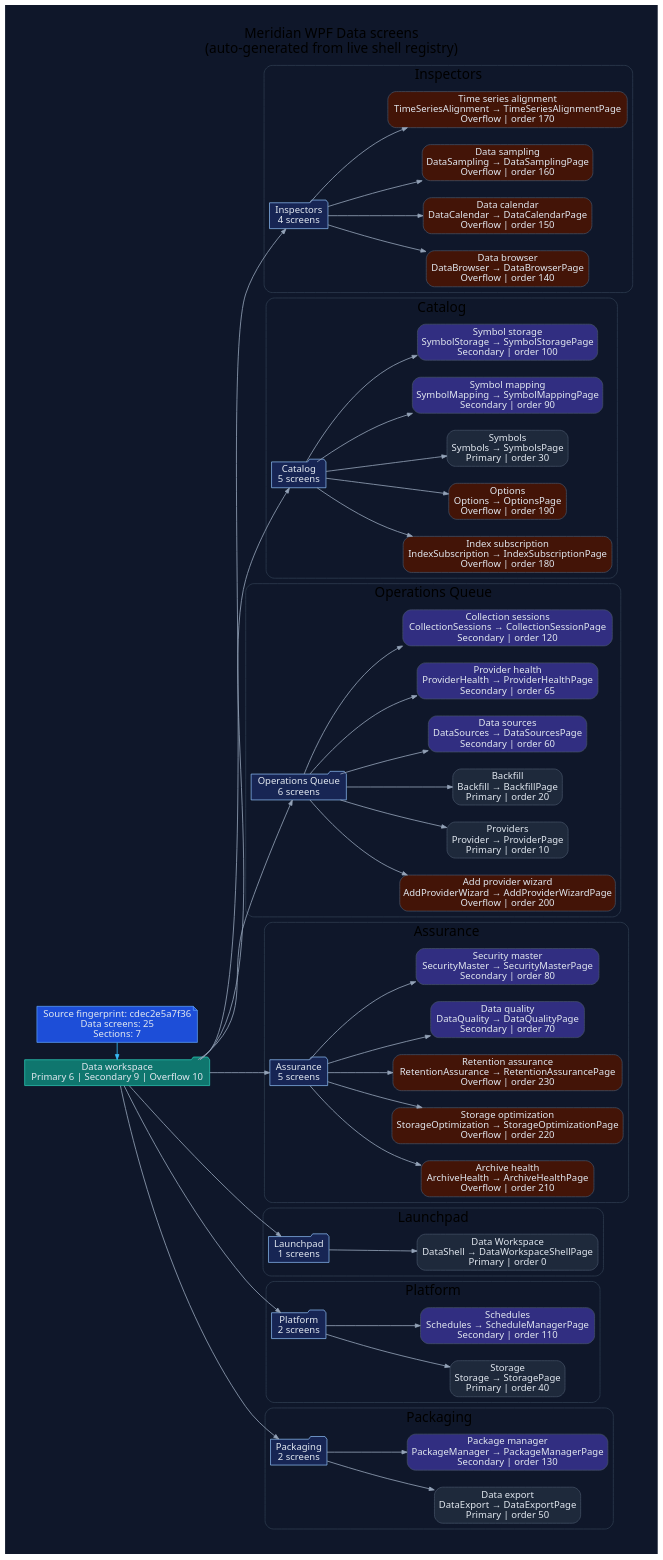
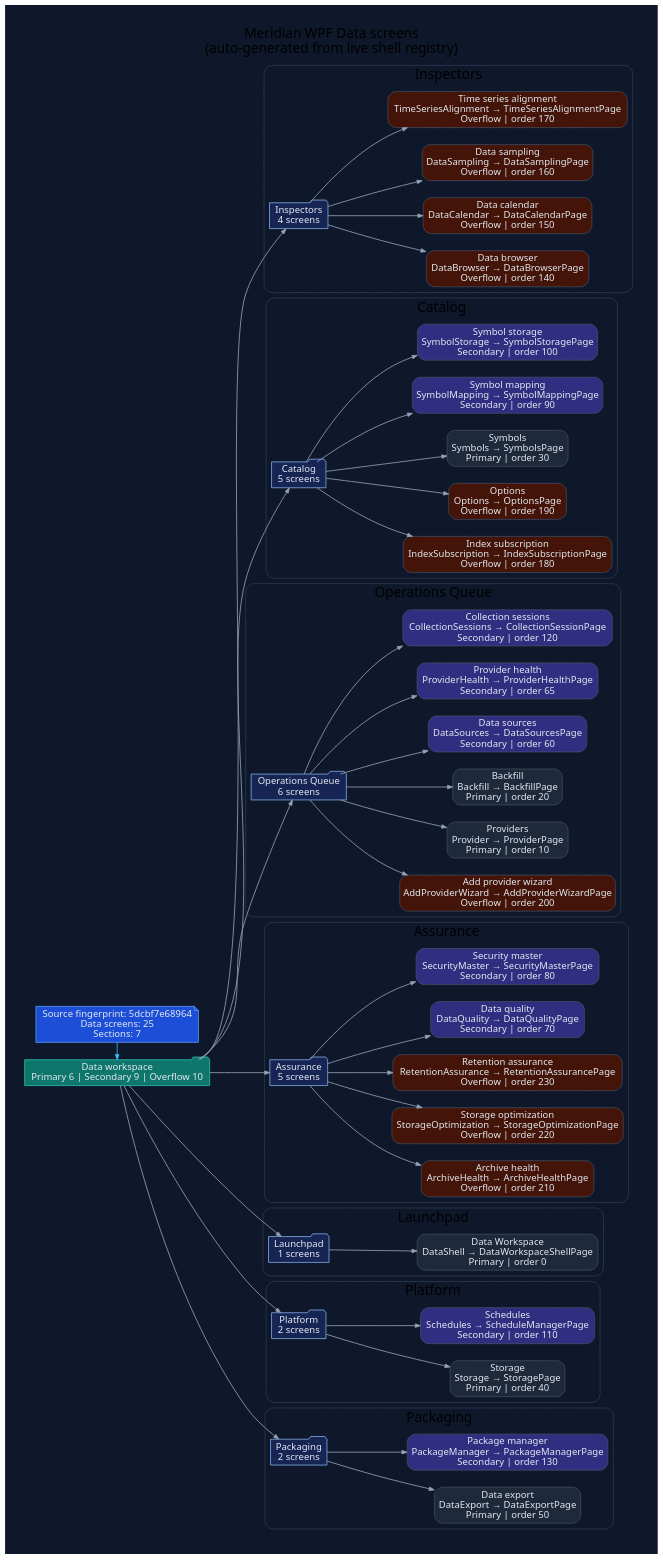
One commit to rodoHasArrived/Meridian-main changed the diagram in docs/diagrams/ui/ui-wpf-screens-data.dot. Above: the diagram before and after it, drawn with Graphviz. The commit also changed 49 other files, not shown here.

```diff
--- a/docs/diagrams/ui/ui-wpf-screens-data.dot
+++ b/docs/diagrams/ui/ui-wpf-screens-data.dot
@@ -1,132 +1,132 @@
 // -----------------------------------------------------------------------------
 // <auto-generated>
 // Generated by scripts/generate-diagrams.mjs.
 // Do not edit this file directly; update the WPF source files instead.
 // -----------------------------------------------------------------------------
 digraph WpfDataScreens {
   graph [
     rankdir=LR,
     labelloc=t,
     label="Meridian WPF Data screens\n(auto-generated from live shell registry)",
     fontname="Segoe UI",
     fontsize=20,
     pad=0.4,
     nodesep=0.35,
     ranksep=0.85,
     bgcolor="#0f172a"
   ];
   node [fontname="Segoe UI", shape=box, style="rounded,filled", color="#475569", fontcolor="#e2e8f0", fillcolor="#1e293b"];
   edge [fontname="Segoe UI", color="#94a3b8", penwidth=1.2, arrowsize=0.75];
 
-  generated [shape=note, fillcolor="#1d4ed8", color="#60a5fa", label="Source fingerprint: cdec2e5a7f36\nData screens: 25\nSections: 7"];
+  generated [shape=note, fillcolor="#1d4ed8", color="#60a5fa", label="Source fingerprint: 5dcbf7e68964\nData screens: 25\nSections: 7"];
   workspace [shape=folder, fillcolor="#0f766e", color="#2dd4bf", label="Data workspace\nPrimary 6 | Secondary 9 | Overflow 10"];
   generated -> workspace [color="#38bdf8"];
 
   subgraph cluster_section_1 {
     label="Inspectors";
     color="#334155";
     style="rounded";
     section_1 [shape=folder, fillcolor="#172554", color="#93c5fd", label="Inspectors\n4 screens"];
     workspace -> section_1;
     screen_DataBrowser [fillcolor="#431407", label="Data browser\nDataBrowser → DataBrowserPage\nOverflow | order 140"];
     section_1 -> screen_DataBrowser;
     screen_DataCalendar [fillcolor="#431407", label="Data calendar\nDataCalendar → DataCalendarPage\nOverflow | order 150"];
     section_1 -> screen_DataCalendar;
     screen_DataSampling [fillcolor="#431407", label="Data sampling\nDataSampling → DataSamplingPage\nOverflow | order 160"];
     section_1 -> screen_DataSampling;
     screen_TimeSeriesAlignment [fillcolor="#431407", label="Time series alignment\nTimeSeriesAlignment → TimeSeriesAlignmentPage\nOverflow | order 170"];
     section_1 -> screen_TimeSeriesAlignment;
   }
 
   subgraph cluster_section_2 {
     label="Catalog";
     color="#334155";
     style="rounded";
     section_2 [shape=folder, fillcolor="#172554", color="#93c5fd", label="Catalog\n5 screens"];
     workspace -> section_2;
     screen_IndexSubscription [fillcolor="#431407", label="Index subscription\nIndexSubscription → IndexSubscriptionPage\nOverflow | order 180"];
     section_2 -> screen_IndexSubscription;
     screen_Options [fillcolor="#431407", label="Options\nOptions → OptionsPage\nOverflow | order 190"];
     section_2 -> screen_Options;
     screen_Symbols [fillcolor="#1e293b", label="Symbols\nSymbols → SymbolsPage\nPrimary | order 30"];
     section_2 -> screen_Symbols;
     screen_SymbolMapping [fillcolor="#312e81", label="Symbol mapping\nSymbolMapping → SymbolMappingPage\nSecondary | order 90"];
     section_2 -> screen_SymbolMapping;
     screen_SymbolStorage [fillcolor="#312e81", label="Symbol storage\nSymbolStorage → SymbolStoragePage\nSecondary | order 100"];
     section_2 -> screen_SymbolStorage;
   }
 
   subgraph cluster_section_3 {
     label="Operations Queue";
     color="#334155";
     style="rounded";
     section_3 [shape=folder, fillcolor="#172554", color="#93c5fd", label="Operations Queue\n6 screens"];
     workspace -> section_3;
     screen_AddProviderWizard [fillcolor="#431407", label="Add provider wizard\nAddProviderWizard → AddProviderWizardPage\nOverflow | order 200"];
     section_3 -> screen_AddProviderWizard;
     screen_Provider [fillcolor="#1e293b", label="Providers\nProvider → ProviderPage\nPrimary | order 10"];
     section_3 -> screen_Provider;
     screen_Backfill [fillcolor="#1e293b", label="Backfill\nBackfill → BackfillPage\nPrimary | order 20"];
     section_3 -> screen_Backfill;
     screen_DataSources [fillcolor="#312e81", label="Data sources\nDataSources → DataSourcesPage\nSecondary | order 60"];
     section_3 -> screen_DataSources;
     screen_ProviderHealth [fillcolor="#312e81", label="Provider health\nProviderHealth → ProviderHealthPage\nSecondary | order 65"];
     section_3 -> screen_ProviderHealth;
     screen_CollectionSessions [fillcolor="#312e81", label="Collection sessions\nCollectionSessions → CollectionSessionPage\nSecondary | order 120"];
     section_3 -> screen_CollectionSessions;
   }
 
   subgraph cluster_section_4 {
     label="Assurance";
     color="#334155";
     style="rounded";
     section_4 [shape=folder, fillcolor="#172554", color="#93c5fd", label="Assurance\n5 screens"];
     workspace -> section_4;
     screen_ArchiveHealth [fillcolor="#431407", label="Archive health\nArchiveHealth → ArchiveHealthPage\nOverflow | order 210"];
     section_4 -> screen_ArchiveHealth;
     screen_StorageOptimization [fillcolor="#431407", label="Storage optimization\nStorageOptimization → StorageOptimizationPage\nOverflow | order 220"];
     section_4 -> screen_StorageOptimization;
     screen_RetentionAssurance [fillcolor="#431407", label="Retention assurance\nRetentionAssurance → RetentionAssurancePage\nOverflow | order 230"];
     section_4 -> screen_RetentionAssurance;
     screen_DataQuality [fillcolor="#312e81", label="Data quality\nDataQuality → DataQualityPage\nSecondary | order 70"];
     section_4 -> screen_DataQuality;
     screen_SecurityMaster [fillcolor="#312e81", label="Security master\nSecurityMaster → SecurityMasterPage\nSecondary | order 80"];
     section_4 -> screen_SecurityMaster;
   }
 
   subgraph cluster_section_5 {
     label="Launchpad";
     color="#334155";
     style="rounded";
     section_5 [shape=folder, fillcolor="#172554", color="#93c5fd", label="Launchpad\n1 screens"];
     workspace -> section_5;
     screen_DataShell [fillcolor="#1e293b", label="Data Workspace\nDataShell → DataWorkspaceShellPage\nPrimary | order 0"];
     section_5 -> screen_DataShell;
   }
 
   subgraph cluster_section_6 {
     label="Platform";
     color="#334155";
     style="rounded";
     section_6 [shape=folder, fillcolor="#172554", color="#93c5fd", label="Platform\n2 screens"];
     workspace -> section_6;
     screen_Storage [fillcolor="#1e293b", label="Storage\nStorage → StoragePage\nPrimary | order 40"];
     section_6 -> screen_Storage;
     screen_Schedules [fillcolor="#312e81", label="Schedules\nSchedules → ScheduleManagerPage\nSecondary | order 110"];
     section_6 -> screen_Schedules;
   }
 
   subgraph cluster_section_7 {
     label="Packaging";
     color="#334155";
     style="rounded";
     section_7 [shape=folder, fillcolor="#172554", color="#93c5fd", label="Packaging\n2 screens"];
     workspace -> section_7;
     screen_DataExport [fillcolor="#1e293b", label="Data export\nDataExport → DataExportPage\nPrimary | order 50"];
     section_7 -> screen_DataExport;
     screen_PackageManager [fillcolor="#312e81", label="Package manager\nPackageManager → PackageManagerPage\nSecondary | order 130"];
     section_7 -> screen_PackageManager;
   }
 
   { rank=min; generated; workspace; }
 }
```
